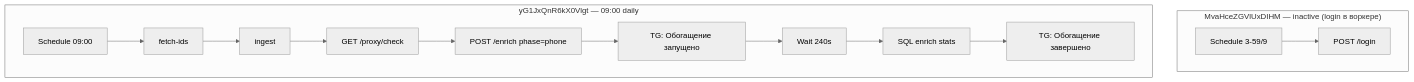
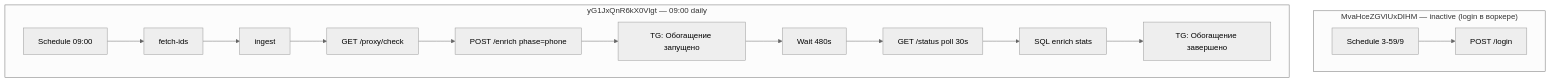
The first of 2 diagrams in docs/n8n_myhome_workflow.md (ruzzo-prog/PropRadar), drawn with Mermaid (neutral theme) before and after one commit. The commit also changed other lines of this file and 9 other files, not shown here.

First line of the commit message:
fix(myhome): JWT mid-batch refresh, enrich drain, n8n status poll

````diff
--- a/docs/n8n_myhome_workflow.md
+++ b/docs/n8n_myhome_workflow.md
@@ -33,16 +33,17 @@
 ```mermaid
 flowchart TB
   subgraph loginCron["MvaHceZGVlUxDIHM — inactive (login в воркере)"]
     LC[Schedule 3-59/9] --> L1[POST /login]
   end
   subgraph mainSync["yG1JxQnR6kX0Vlgt — 09:00 daily"]
     MS[Schedule 09:00] --> F[fetch-ids]
     F --> I[ingest]
     I --> PC[GET /proxy/check]
     PC --> E[POST /enrich phase=phone]
     E --> TG1[TG: Обогащение запущено]
-    TG1 --> W240[Wait 240s]
-    W240 --> SQL[SQL enrich stats]
+    TG1 --> W480[Wait 480s]
+    W480 --> Poll[GET /status poll 30s]
+    Poll --> SQL[SQL enrich stats]
     SQL --> TG2[TG: Обогащение завершено]
   end
 ```
````
